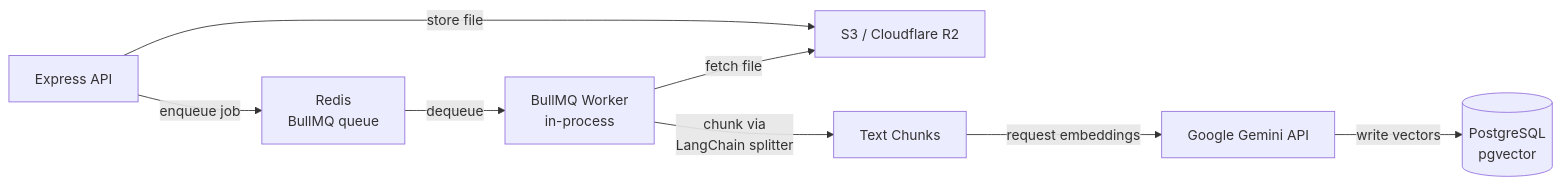
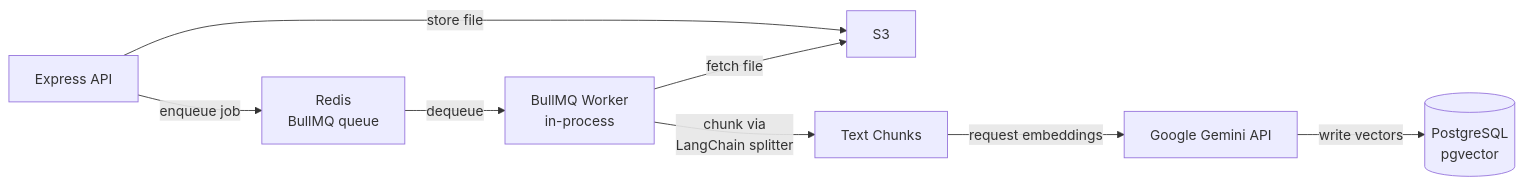
One commit to subhamoydatta703/DocSense changed the second of 5 diagrams in README.md. Above: the diagram before and after it, drawn with Mermaid. The commit also changed other lines of this file and 3 other files, not shown here.

````diff
--- a/README.md
+++ b/README.md
@@ -61,10 +65,10 @@
 ```mermaid
 flowchart LR
-    A["Express API"] -->|"store file"| B["S3 / Cloudflare R2"]
+    A["Express API"] -->|"store file"| B["S3"]
     A -->|"enqueue job"| C["Redis<br/>BullMQ queue"]
     C -->|"dequeue"| D["BullMQ Worker<br/>in-process"]
     D -->|"fetch file"| B
     D -->|"chunk via<br/>LangChain splitter"| E["Text Chunks"]
     E -->|"request embeddings"| F["Google Gemini API"]
     F -->|"write vectors"| G[("PostgreSQL<br/>pgvector")]
 ```
````
